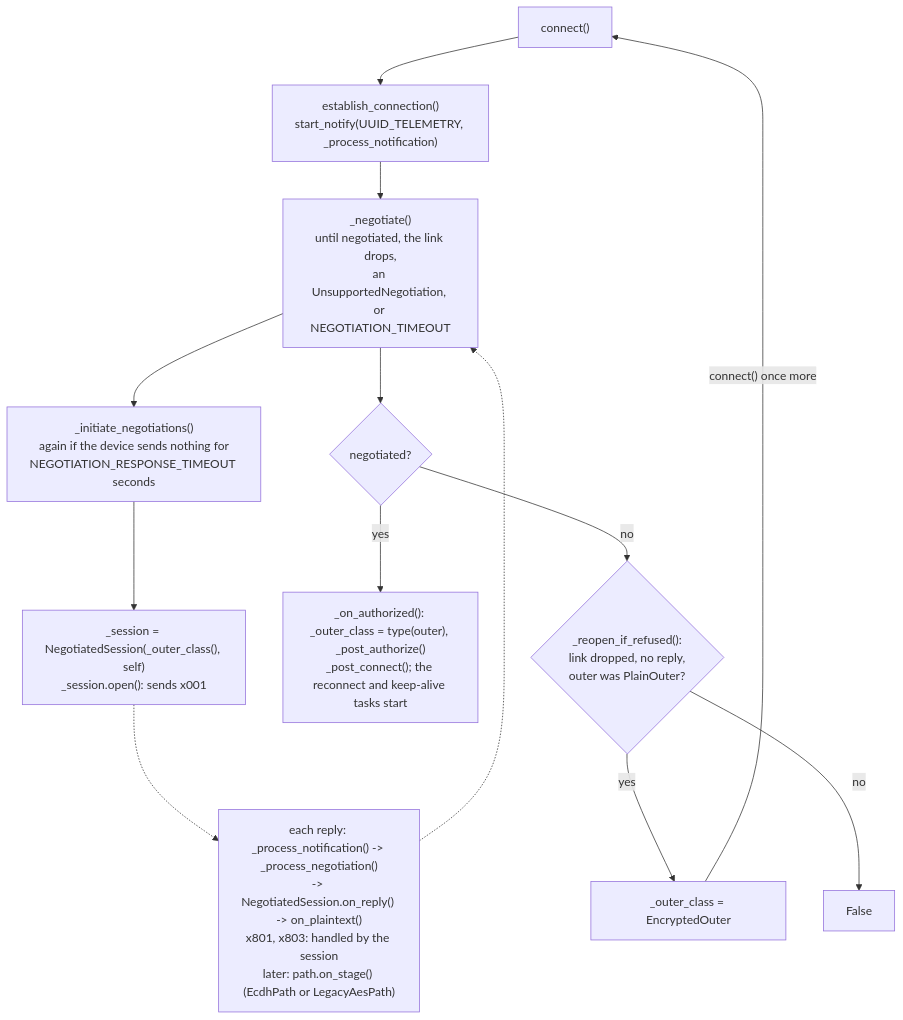
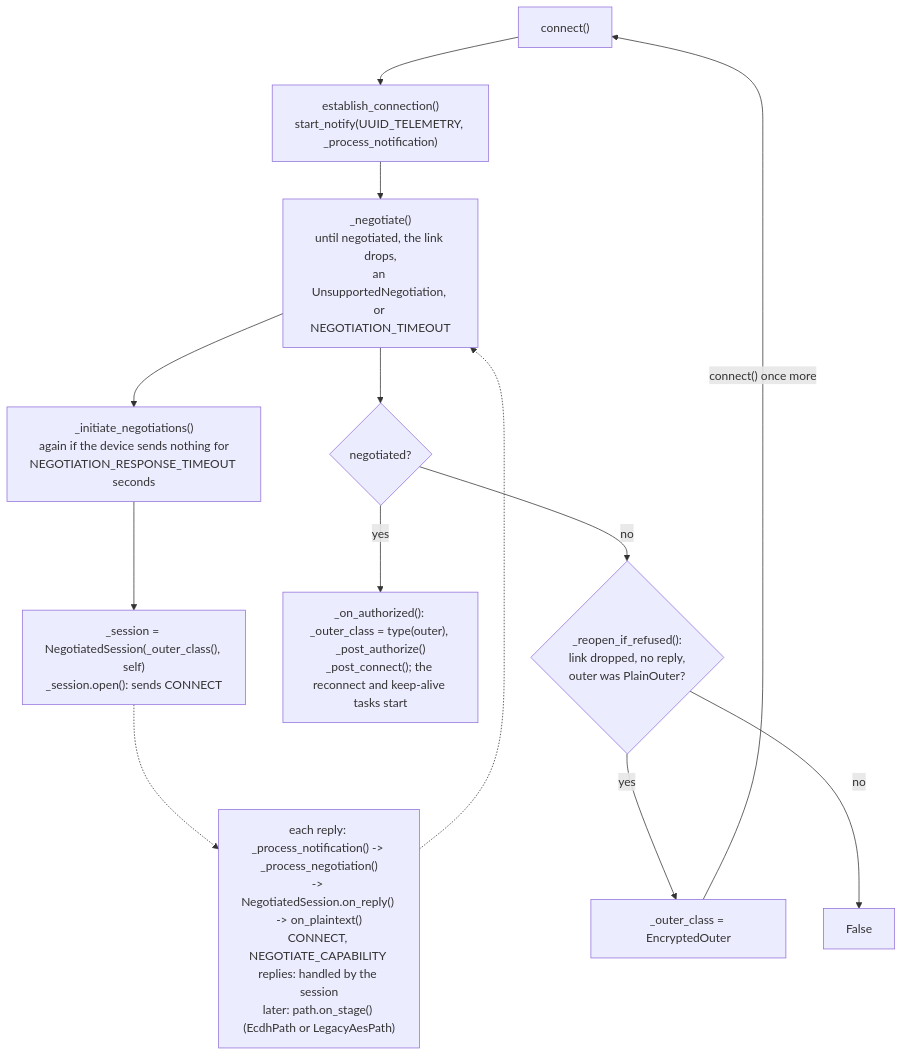
One commit to flip-dots/SolixBLE changed diagram 12 of 15 in docs/source/protocols.rst. Above: the diagram before and after it, drawn with Mermaid. The commit also changed other lines of this file, not shown here.

```diff
--- a/docs/source/protocols.rst
+++ b/docs/source/protocols.rst
@@ -671,18 +764,18 @@
 .. mermaid::
 
   flowchart TD
       connect["connect()"]
       est["establish_connection()<br/>start_notify(UUID_TELEMETRY, _process_notification)"]
       nego["_negotiate()<br/>until negotiated, the link drops,<br/>an UnsupportedNegotiation, or NEGOTIATION_TIMEOUT"]
       init["_initiate_negotiations()<br/>again if the device sends nothing for<br/>NEGOTIATION_RESPONSE_TIMEOUT seconds"]
-      open["_session = NegotiatedSession(_outer_class(), self)<br/>_session.open(): sends x001"]
-      reply["each reply: _process_notification() -> _process_negotiation()<br/>-> NegotiatedSession.on_reply() -> on_plaintext()<br/>x801, x803: handled by the session<br/>later: path.on_stage() (EcdhPath or LegacyAesPath)"]
+      open["_session = NegotiatedSession(_outer_class(), self)<br/>_session.open(): sends CONNECT"]
+      reply["each reply: _process_notification() -> _process_negotiation()<br/>-> NegotiatedSession.on_reply() -> on_plaintext()<br/>CONNECT, NEGOTIATE_CAPABILITY replies: handled by the session<br/>later: path.on_stage() (EcdhPath or LegacyAesPath)"]
       connect --> est --> nego --> init --> open
       open -.-> reply
       reply -.-> nego
       nego --> done{"negotiated?"}
       done -- yes --> auth["_on_authorized(): _outer_class = type(outer), _post_authorize()<br/>_post_connect(); the reconnect and keep-alive tasks start"]
       done -- no --> refused{"_reopen_if_refused():<br/>link dropped, no reply,<br/>outer was PlainOuter?"}
       refused -- yes --> reopen["_outer_class = EncryptedOuter"]
       reopen -- "connect() once more" --> connect
       refused -- no --> fail["False"]
```
